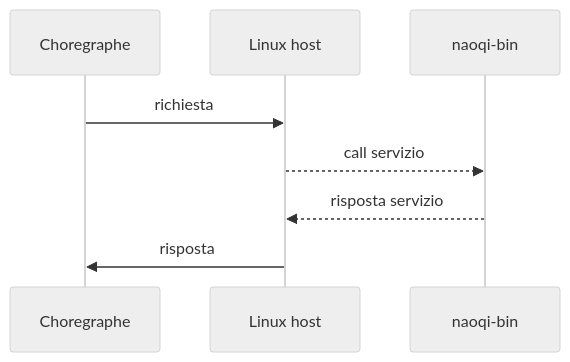
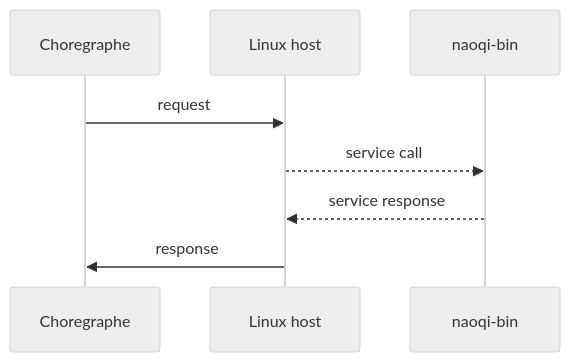
Before and after one commit to LAIRLabUnivpm/PepperGPT: the third of 4 diagrams in README.md, drawn with Mermaid (neutral theme). The commit also changed other lines of this file and 1 other file, not shown here.

````diff
--- a/README.md
+++ b/README.md
@@ -74,7 +74,7 @@
 ```mermaid
 	sequenceDiagram
-		Choregraphe->> Linux host: richiesta
-		Linux host -->> naoqi-bin: call servizio
-		naoqi-bin -->> Linux host: risposta servizio
-		Linux host ->> Choregraphe: risposta
+		Choregraphe->> Linux host: request
+		Linux host -->> naoqi-bin: service call
+		naoqi-bin -->> Linux host: service response
+		Linux host ->> Choregraphe: response
 ```
````
